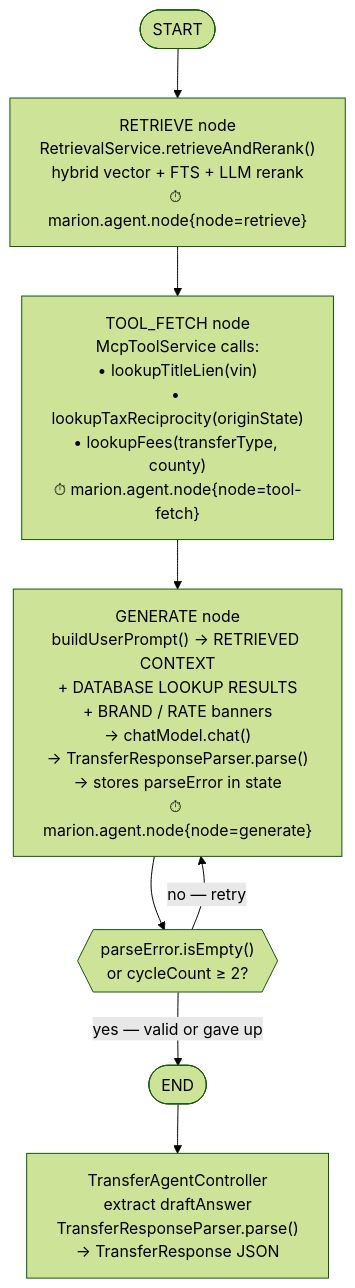
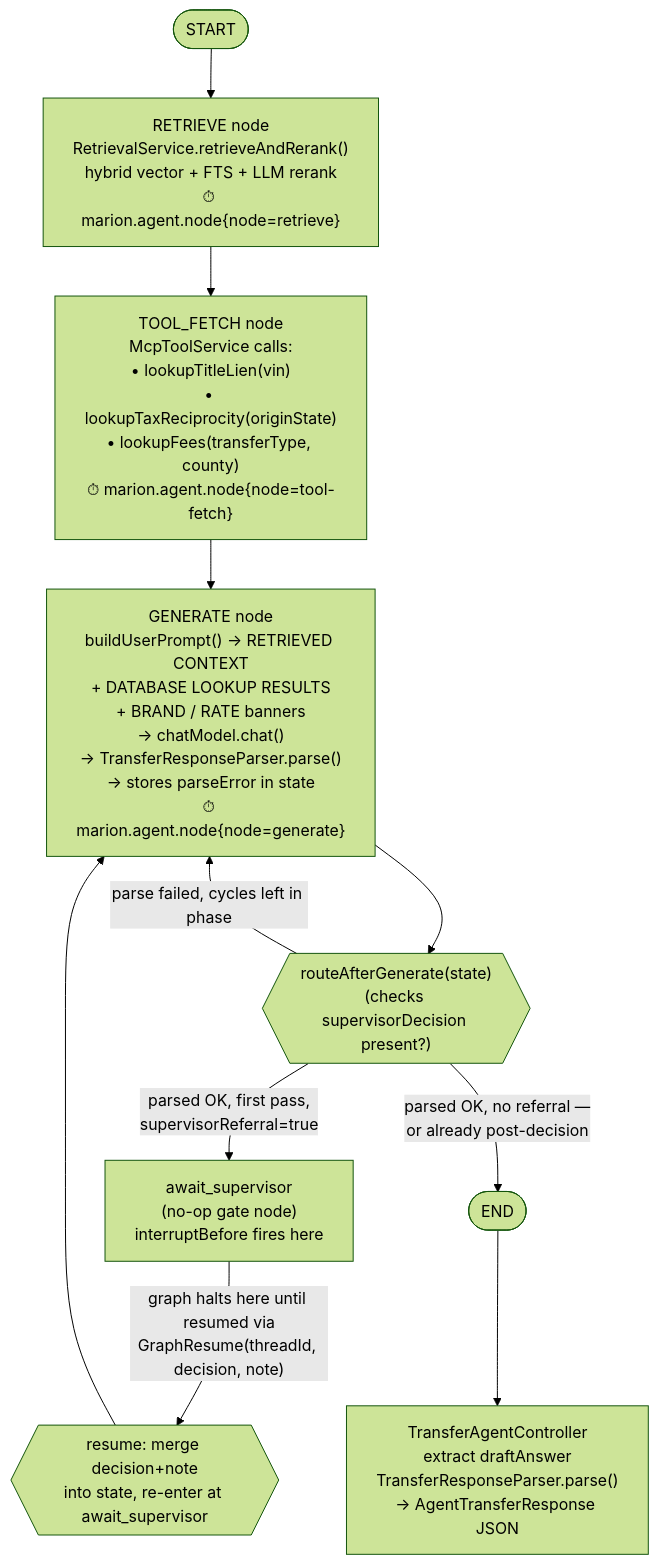
One commit to srikanthkaushik/title-ai changed the fourth of 7 diagrams in docs/architecture.md. Above: the diagram before and after it, drawn with Mermaid (forest theme). The commit also changed other lines of this file and 11 other files, not shown here.

First line of the commit message:
Milestone 12: human-in-the-loop supervisor review, with decision fed back to the model

````diff
--- a/docs/architecture.md
+++ b/docs/architecture.md
@@ -116,21 +124,25 @@
 ```mermaid
 flowchart TD
     START(["START"]) --> RETRIEVE
 
     RETRIEVE["RETRIEVE node\nRetrievalService.retrieveAndRerank()\nhybrid vector + FTS + LLM rerank\n⏱ marion.agent.node{node=retrieve}"]
 
     RETRIEVE --> TOOL_FETCH
 
     TOOL_FETCH["TOOL_FETCH node\nMcpToolService calls:\n• lookupTitleLien(vin)\n• lookupTaxReciprocity(originState)\n• lookupFees(transferType, county)\n⏱ marion.agent.node{node=tool-fetch}"]
 
     TOOL_FETCH --> GENERATE
 
     GENERATE["GENERATE node\nbuildUserPrompt() → RETRIEVED CONTEXT\n+ DATABASE LOOKUP RESULTS\n+ BRAND / RATE banners\n→ chatModel.chat()\n→ TransferResponseParser.parse()\n→ stores parseError in state\n⏱ marion.agent.node{node=generate}"]
 
-    GENERATE --> Edge{{"parseError.isEmpty()\nor cycleCount ≥ 2?"}}
+    GENERATE --> Edge{{"routeAfterGenerate(state)\n(checks supervisorDecision present?)"}}
 
-    Edge -->|"yes — valid or gave up"| END(["END"])
-    Edge -->|"no — retry"| GENERATE
+    Edge -->|"parse failed, cycles left in phase"| GENERATE
+    Edge -->|"parsed OK, first pass,\nsupervisorReferral=true"| AWAIT["await_supervisor\n(no-op gate node)\ninterruptBefore fires here"]
+    Edge -->|"parsed OK, no referral —\nor already post-decision"| END(["END"])
 
-    END --> Return["TransferAgentController\nextract draftAnswer\nTransferResponseParser.parse()\n→ TransferResponse JSON"]
+    AWAIT -->|"graph halts here until resumed via\nGraphResume(threadId, decision, note)"| RESUME{{"resume: merge decision+note\ninto state, re-enter at await_supervisor"}}
+    RESUME --> GENERATE
+
+    END --> Return["TransferAgentController\nextract draftAnswer\nTransferResponseParser.parse()\n→ AgentTransferResponse JSON"]
 ```
````
